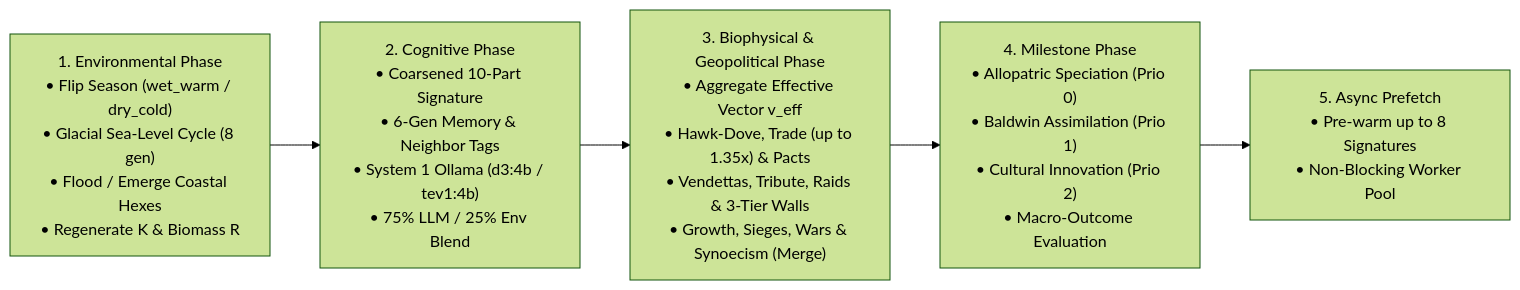
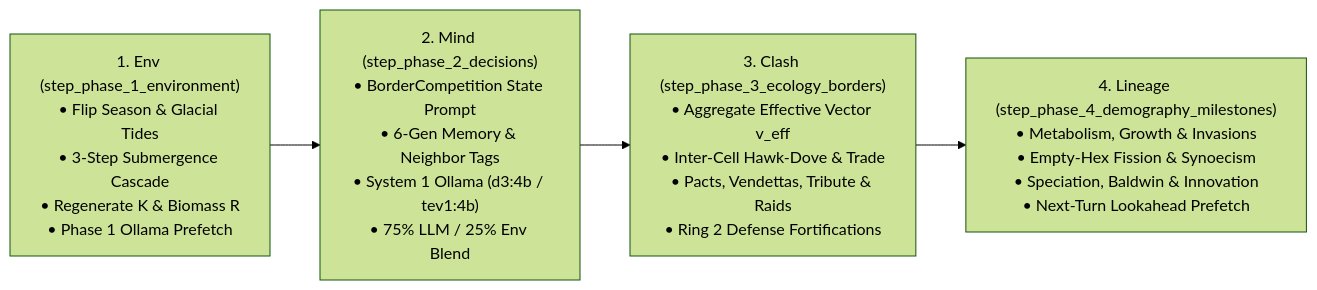
The diagram in gh-pages/index.md (arrase/Evolution), drawn with Mermaid (forest theme) before and after one commit. The commit also changed other lines of this file and 34 other files, not shown here.

Commit message:
feat: implement 2.5D vector/shader world renderer, 1-deme-per-hex borders, semantic zoom, and 4-step micro-phase playback

````diff
--- a/gh-pages/index.md
+++ b/gh-pages/index.md
@@ -111,7 +111,6 @@
 ```mermaid
 flowchart LR
-    Env["1. Environmental Phase\n• Flip Season (wet_warm / dry_cold)\n• Glacial Sea-Level Cycle (8 gen)\n• Flood / Emerge Coastal Hexes\n• Regenerate K & Biomass R"] --> Cog["2. Cognitive Phase\n• Coarsened 10-Part Signature\n• 6-Gen Memory & Neighbor Tags\n• System 1 Ollama (d3:4b / tev1:4b)\n• 75% LLM / 25% Env Blend"]
-    Cog --> Bio["3. Biophysical & Geopolitical Phase\n• Aggregate Effective Vector v_eff\n• Hawk-Dove, Trade (up to 1.35x) & Pacts\n• Vendettas, Tribute, Raids & 3-Tier Walls\n• Growth, Sieges, Wars & Synoecism (Merge)"]
-    Bio --> Mile["4. Milestone Phase\n• Allopatric Speciation (Prio 0)\n• Baldwin Assimilation (Prio 1)\n• Cultural Innovation (Prio 2)\n• Macro-Outcome Evaluation"]
-    Mile --> Prefetch["5. Async Prefetch\n• Pre-warm up to 8 Signatures\n• Non-Blocking Worker Pool"]
+    Env["1. Env (step_phase_1_environment)\n• Flip Season & Glacial Tides\n• 3-Step Submergence Cascade\n• Regenerate K & Biomass R\n• Phase 1 Ollama Prefetch"] --> Cog["2. Mind (step_phase_2_decisions)\n• BorderCompetition State Prompt\n• 6-Gen Memory & Neighbor Tags\n• System 1 Ollama (d3:4b / tev1:4b)\n• 75% LLM / 25% Env Blend"]
+    Cog --> Bio["3. Clash (step_phase_3_ecology_borders)\n• Aggregate Effective Vector v_eff\n• Inter-Cell Hawk-Dove & Trade\n• Pacts, Vendettas, Tribute & Raids\n• Ring 2 Defense Fortifications"]
+    Bio --> Mile["4. Lineage (step_phase_4_demography_milestones)\n• Metabolism, Growth & Invasions\n• Empty-Hex Fission & Synoecism\n• Speciation, Baldwin & Innovation\n• Next-Turn Lookahead Prefetch"]
 ```
````
